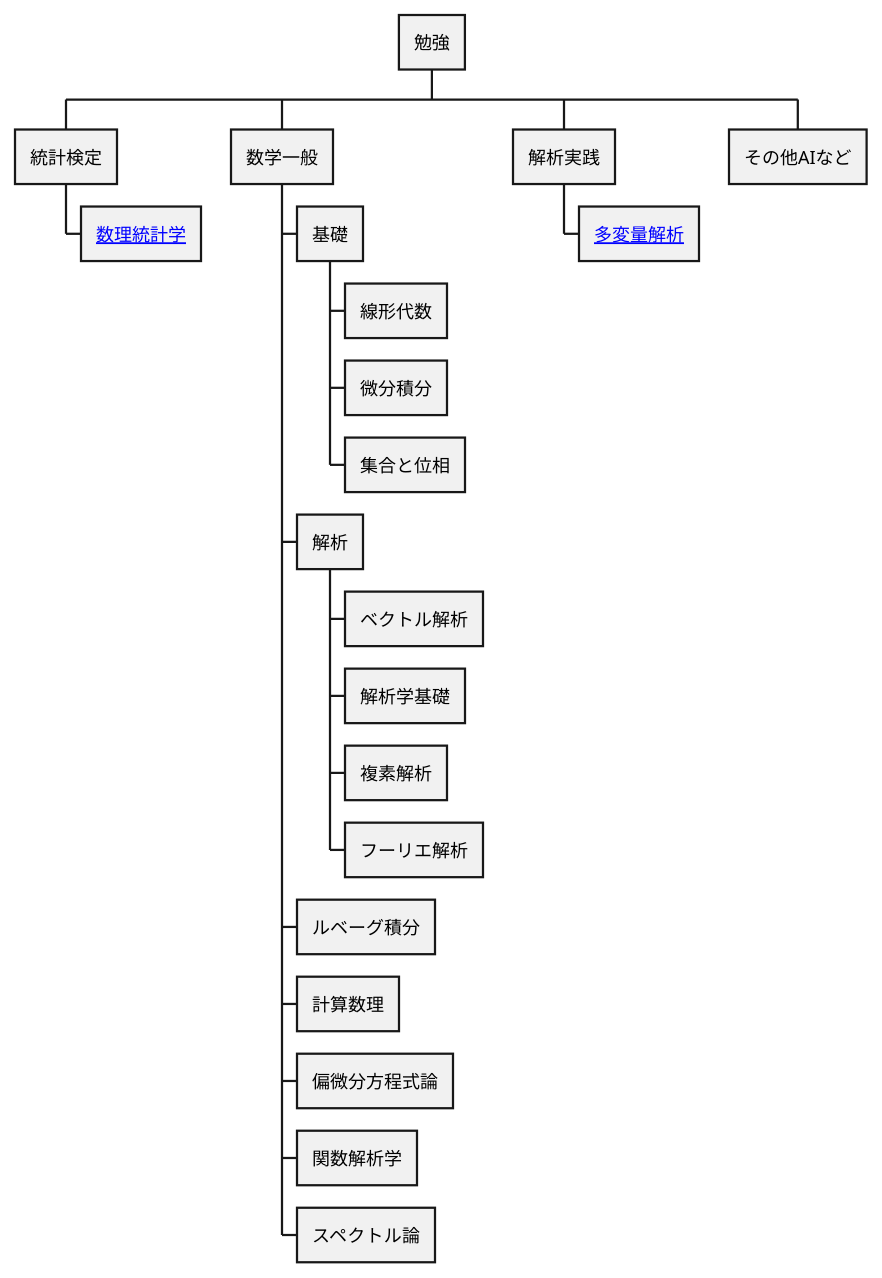
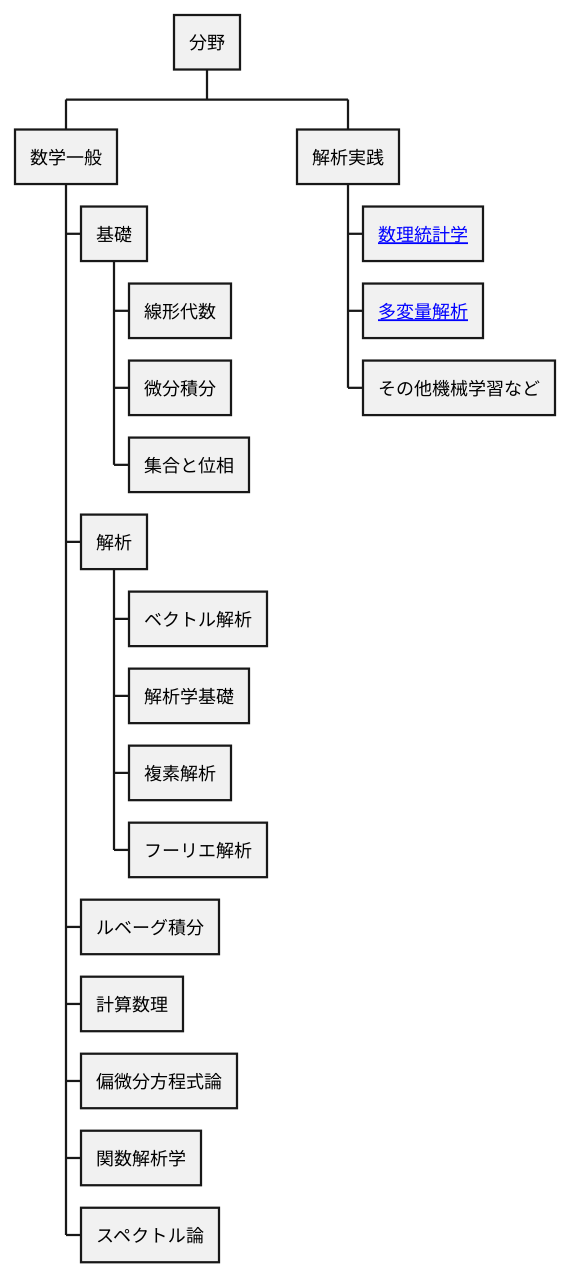
Before and after one commit to kaY-hR/MathNote: the diagram in source/01_概要.md, drawn with PlantUML. The commit also changed 2 other files, not shown here.

Commit message:
概要を修正

````diff
--- a/source/01_概要.md
+++ b/source/01_概要.md
@@ -8,25 +8,24 @@
 ```plantuml
 @startwbs
-* 勉強
-** 統計検定
-*** [[index.html?tab=02_数理統計学 数理統計学]]
+* 分野
 ** 数学一般
 *** 基礎
 **** 線形代数
 **** 微分積分
 **** 集合と位相
 *** 解析
 **** ベクトル解析
 **** 解析学基礎
 **** 複素解析
 **** フーリエ解析
 *** ルベーグ積分
 *** 計算数理
 *** 偏微分方程式論
 *** 関数解析学
 *** スペクトル論
 ** 解析実践
+*** [[index.html?tab=02_数理統計学 数理統計学]]
 *** [[index.html?tab=10_多変量解析 多変量解析]]
-** その他AIなど
+*** その他機械学習など
 @endwbs
 ```
````
